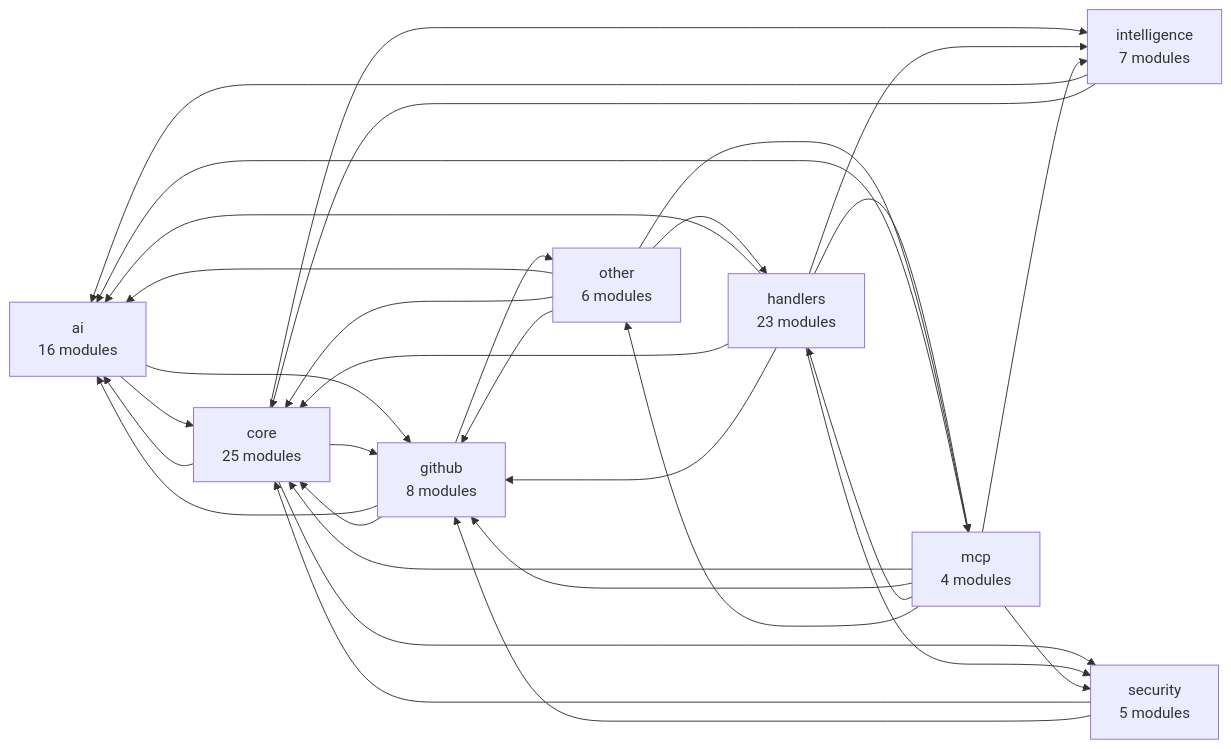
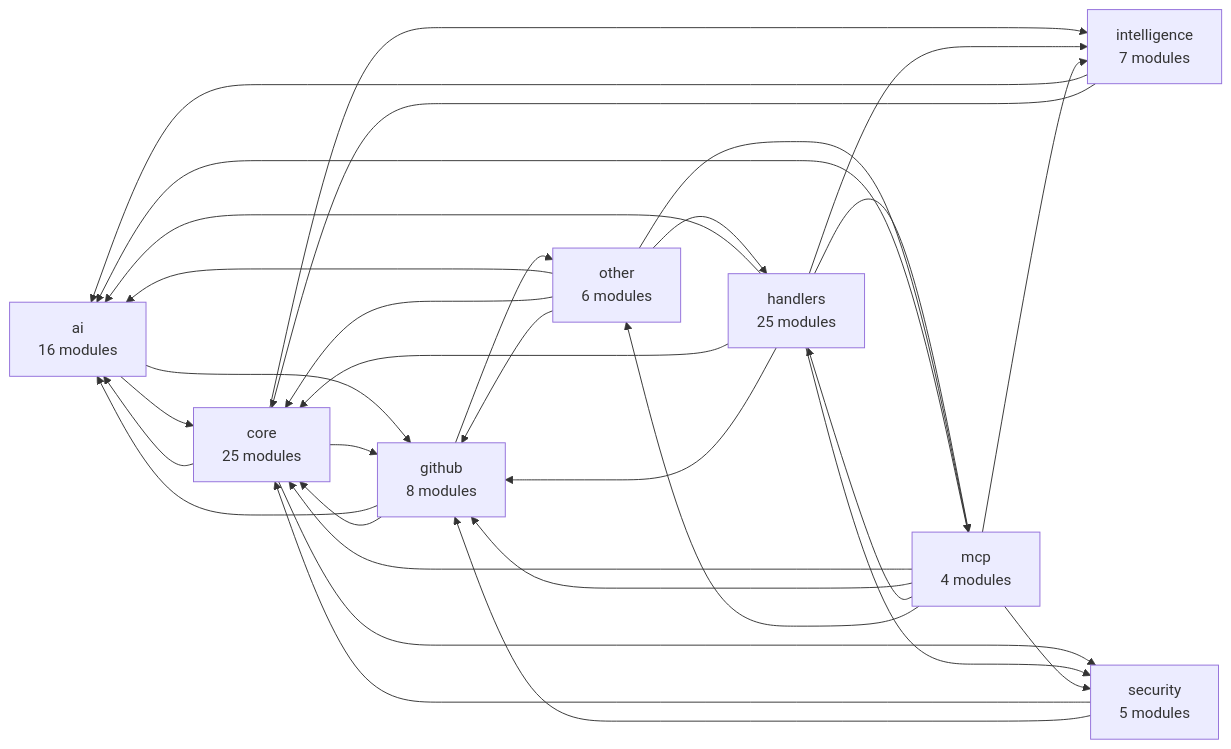
The second of 2 diagrams in README.md (Shweta-Mishra-ai/github-autopilot), drawn with Mermaid before and after one commit. The commit also changed other lines of this file and 13 other files, not shown here.

````diff
--- a/README.md
+++ b/README.md
@@ -400,42 +400,42 @@
 ```mermaid
 graph LR
     ai["ai<br/>16 modules"]
     core["core<br/>25 modules"]
     github["github<br/>8 modules"]
-    handlers["handlers<br/>23 modules"]
+    handlers["handlers<br/>25 modules"]
     intelligence["intelligence<br/>7 modules"]
     mcp["mcp<br/>4 modules"]
     other["other<br/>6 modules"]
     security["security<br/>5 modules"]
     ai --> core
     ai --> github
     core --> ai
     core --> github
     core --> intelligence
     core --> security
     github --> ai
     github --> core
     github --> other
     handlers --> ai
     handlers --> core
     handlers --> github
     handlers --> intelligence
     handlers --> mcp
     handlers --> security
     intelligence --> ai
     intelligence --> core
     mcp --> ai
     mcp --> core
     mcp --> github
     mcp --> handlers
     mcp --> intelligence
     mcp --> other
     mcp --> security
     other --> ai
     other --> core
     other --> github
     other --> handlers
     other --> mcp
     security --> core
     security --> github
 ```
````
